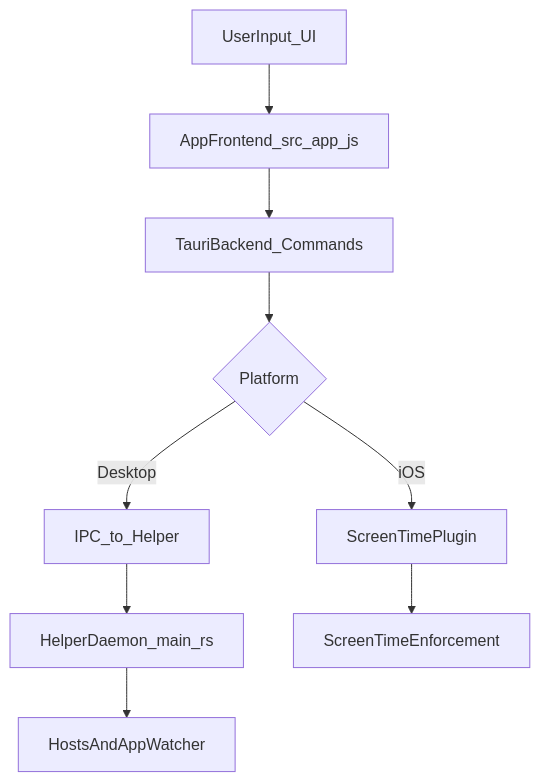
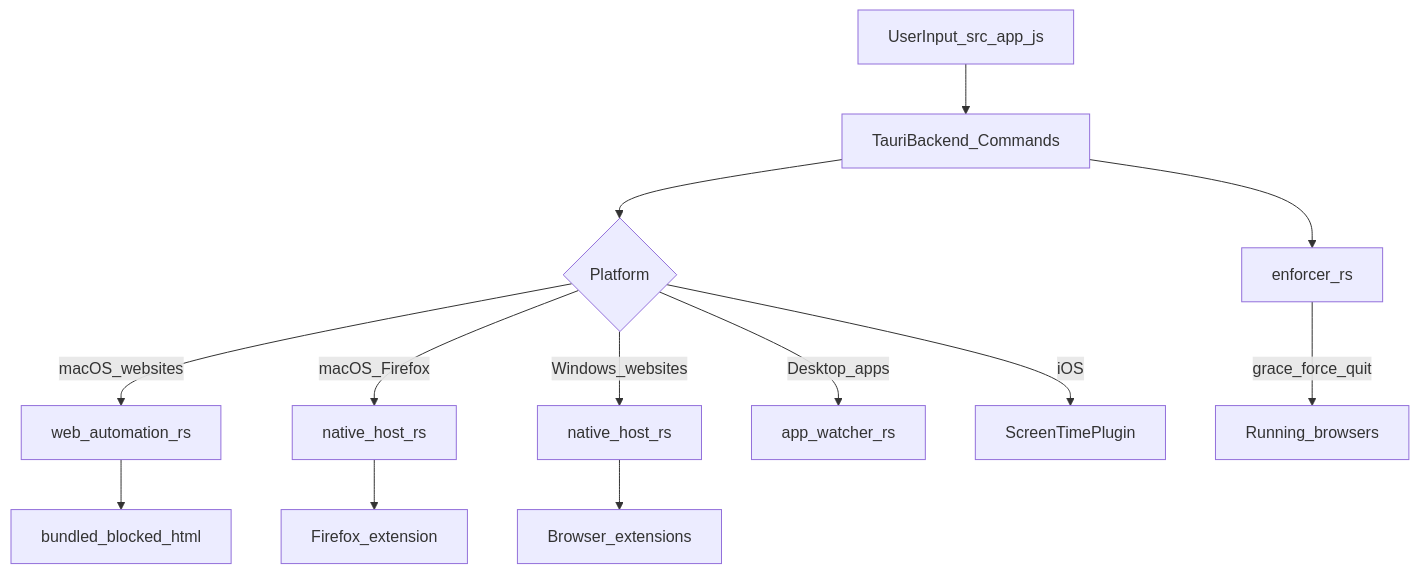
The first of 5 diagrams in architecture.md (kasnder/redd-block), drawn with Mermaid before and after one commit. The commit also changed other lines of this file and 7 other files, not shown here.

First line of the commit message:
Release v3.0.0 and rewrite architecture docs for the Automation era.

````diff
--- a/architecture.md
+++ b/architecture.md
@@ -77,11 +89,15 @@
 ```mermaid
 flowchart TD
-    userInput[UserInput_UI] --> appFrontend[AppFrontend_src_app_js]
-    appFrontend --> tauriBackend[TauriBackend_Commands]
-    tauriBackend --> platformBranch{Platform}
-    platformBranch -->|Desktop| helperIpc[IPC_to_Helper]
-    helperIpc --> helperCore[HelperDaemon_main_rs]
-    helperCore --> desktopEnforce[HostsAndAppWatcher]
-    platformBranch -->|iOS| stPlugin[ScreenTimePlugin]
-    stPlugin --> iosEnforce[ScreenTimeEnforcement]
+    ui[UserInput_src_app_js] --> tauri[TauriBackend_Commands]
+    tauri --> platform{Platform}
+    platform -->|macOS_websites| auto[web_automation_rs]
+    platform -->|macOS_Firefox| nmMac[native_host_rs]
+    platform -->|Windows_websites| nmWin[native_host_rs]
+    platform -->|Desktop_apps| watcher[app_watcher_rs]
+    platform -->|iOS| st[ScreenTimePlugin]
+    auto --> blockPage[bundled_blocked_html]
+    nmMac --> extFF[Firefox_extension]
+    nmWin --> extAll[Browser_extensions]
+    tauri --> enforcer[enforcer_rs]
+    enforcer -->|grace_force_quit| browsers[Running_browsers]
 ```
````
